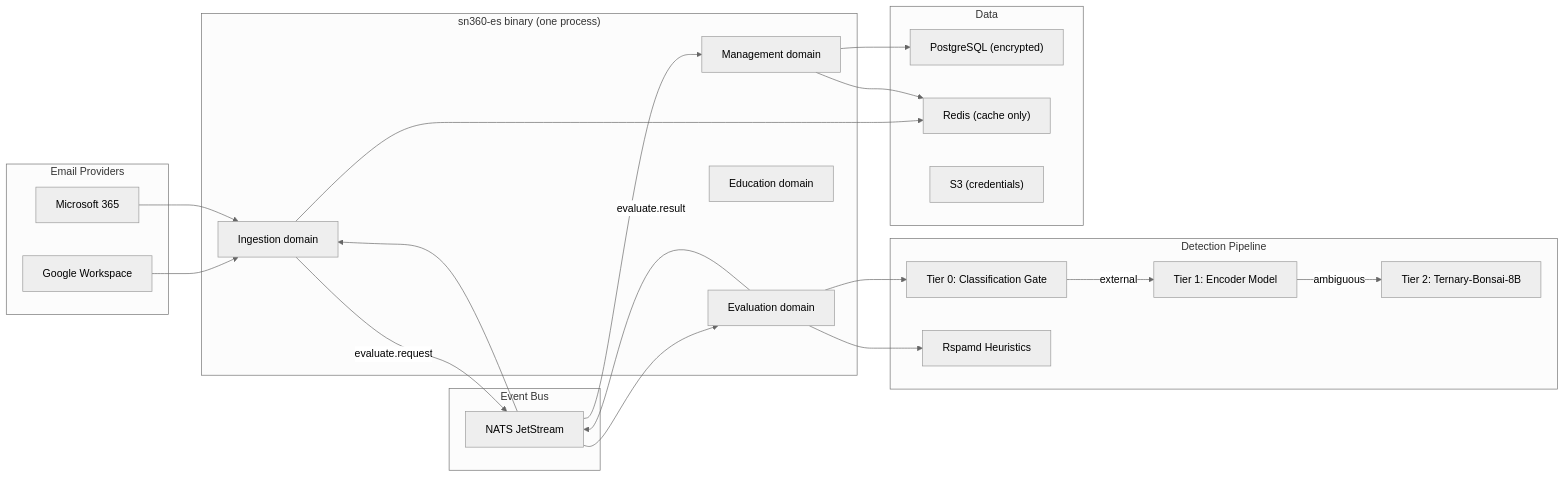
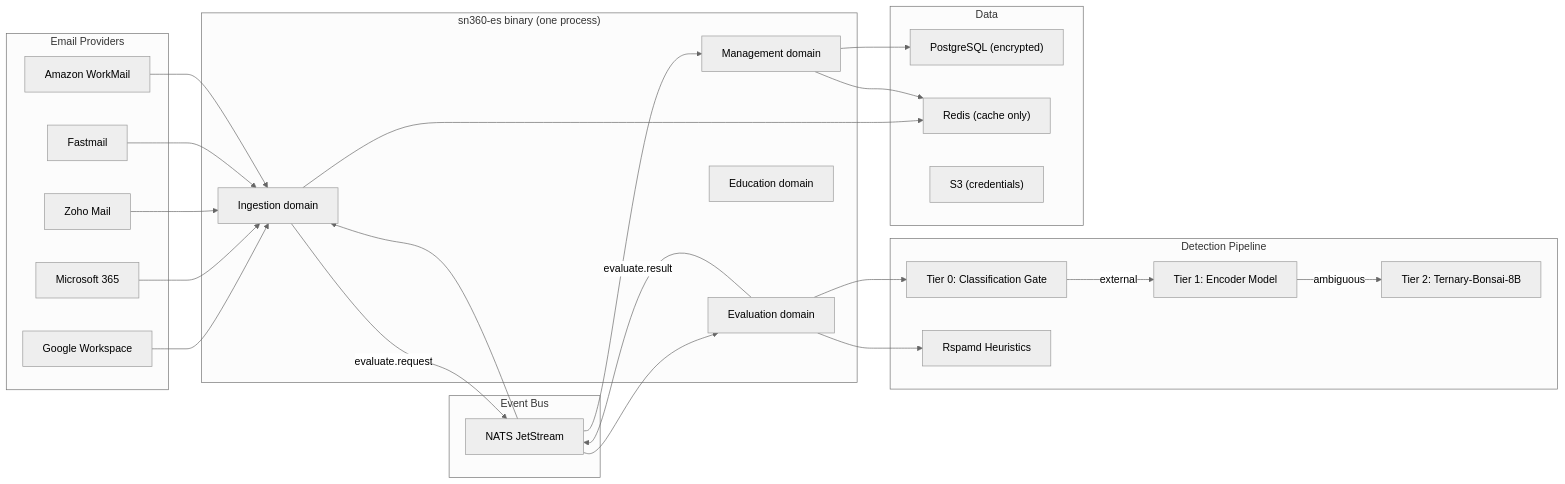
One commit to kennguy3n/sn360-es changed the diagram in README.md. Above: the diagram before and after it, drawn with Mermaid (neutral theme). The commit also changed other lines of this file, not shown here.

````diff
--- a/README.md
+++ b/README.md
@@ -31,46 +32,52 @@
 ```mermaid
 graph LR
     subgraph "Email Providers"
         GWS["Google Workspace"]
         O365["Microsoft 365"]
+        Zoho["Zoho Mail"]
+        FM["Fastmail"]
+        WM["Amazon WorkMail"]
     end
 
     subgraph "sn360-es binary (one process)"
         Ingestion["Ingestion domain"]
         Evaluate["Evaluation domain"]
         Management["Management domain"]
         Education["Education domain"]
     end
 
     subgraph "Event Bus"
         NATS["NATS JetStream"]
     end
 
     subgraph "Detection Pipeline"
         T0["Tier 0: Classification Gate"]
         T1["Tier 1: Encoder Model"]
         T2["Tier 2: Ternary-Bonsai-8B"]
         Rspamd["Rspamd Heuristics"]
     end
 
     subgraph "Data"
         PG["PostgreSQL (encrypted)"]
         Redis["Redis (cache only)"]
         S3["S3 (credentials)"]
     end
 
     GWS --> Ingestion
     O365 --> Ingestion
+    Zoho --> Ingestion
+    FM --> Ingestion
+    WM --> Ingestion
     Ingestion -->|"evaluate.request"| NATS
     NATS --> Evaluate
     Evaluate --> T0
     T0 -->|"external"| T1
     T1 -->|"ambiguous"| T2
     Evaluate --> Rspamd
     Evaluate -->|"evaluate.result"| NATS
     NATS --> Ingestion
     NATS --> Management
     Management --> PG
     Ingestion --> Redis
     Management --> Redis
 ```
````
